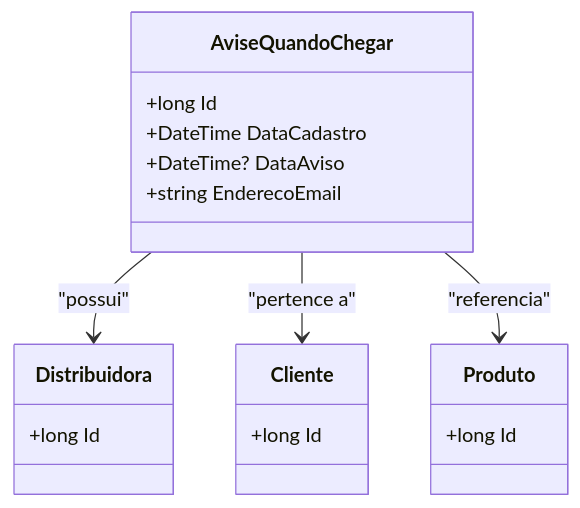
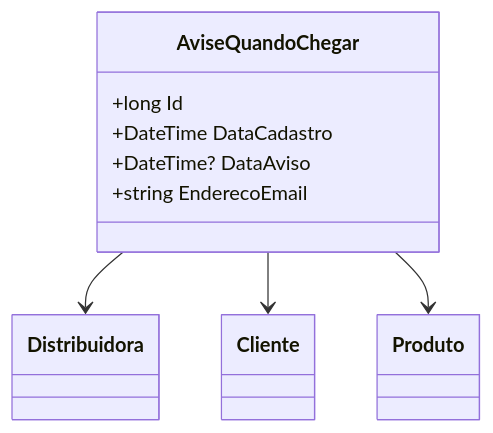
One commit to IsthmusSistemas/documentacao-tecnica changed the diagram in docs/b2b-dominio/IsthmusWinthor.Nucleo/IsthmusWinthor.Dominio/Entidades/AviseQuandoChegar.md. Above: the diagram before and after it, drawn with Mermaid. The commit also changed other lines of this file and 882 other files, not shown here.

````diff
--- a/docs/b2b-dominio/IsthmusWinthor.Nucleo/IsthmusWinthor.Dominio/Entidades/AviseQuandoChegar.md
+++ b/docs/b2b-dominio/IsthmusWinthor.Nucleo/IsthmusWinthor.Dominio/Entidades/AviseQuandoChegar.md
@@ -23,25 +23,16 @@
 ```mermaid
 classDiagram
     class AviseQuandoChegar {
         +long Id
         +DateTime DataCadastro
         +DateTime? DataAviso
         +string EnderecoEmail
     }
+    class Distribuidora
+    class Cliente
+    class Produto
     
-    class Distribuidora {
-        +long Id
-    }
-    
-    class Cliente {
-        +long Id
-    }
-
-    class Produto {
-        +long Id
-    }
-
-    AviseQuandoChegar --> Distribuidora : "possui"
-    AviseQuandoChegar --> Cliente : "pertence a"
-    AviseQuandoChegar --> Produto : "referencia"
+    AviseQuandoChegar --> Distribuidora
+    AviseQuandoChegar --> Cliente
+    AviseQuandoChegar --> Produto
 ```
````
